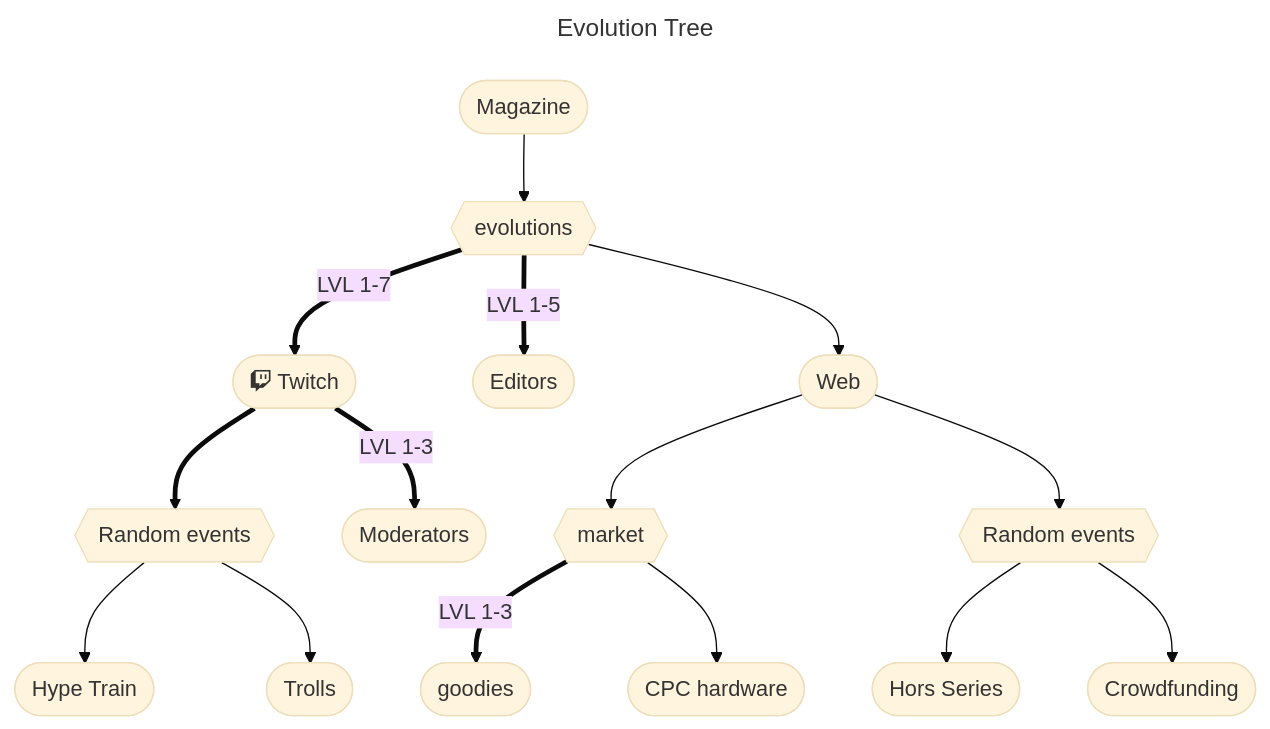
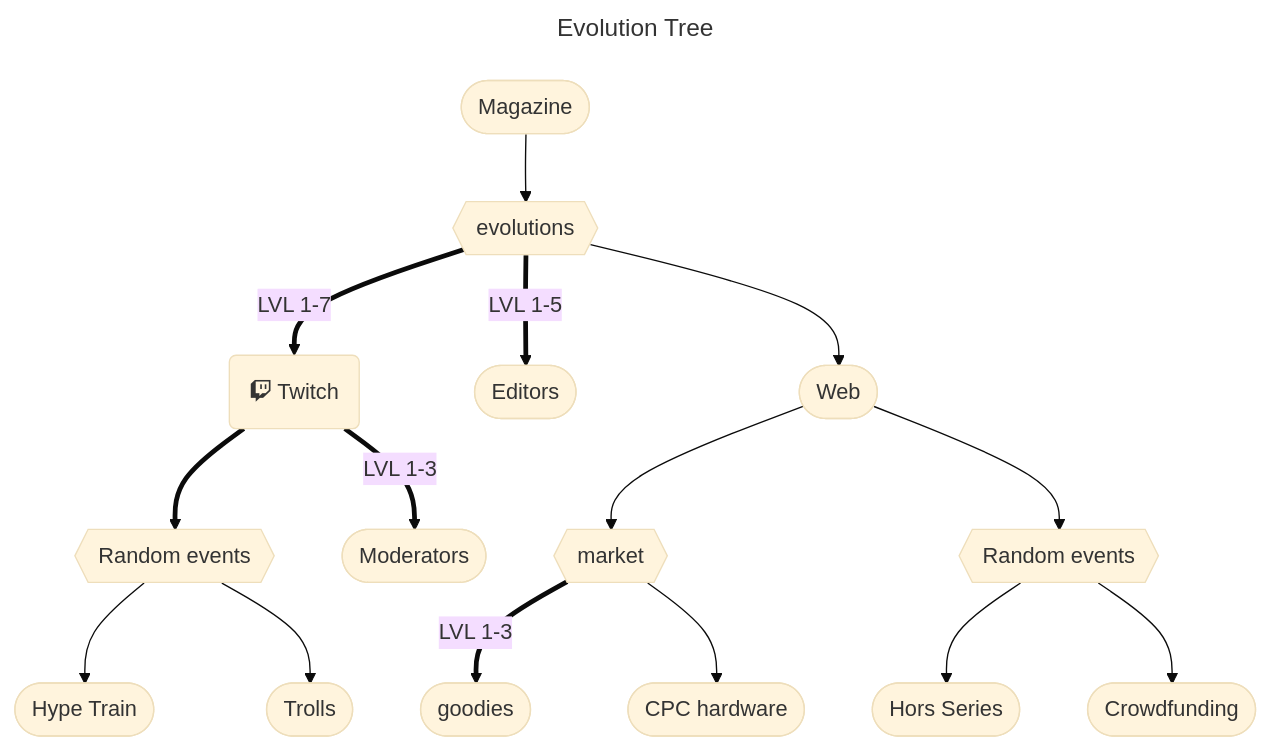
The diagram in truc.md (Julien-laville/lille), drawn with Mermaid (base theme) before and after one commit.

Commit message:
Add smthg

````diff
--- a/truc.md
+++ b/truc.md
@@ -4,21 +4,21 @@
 ```mermaid
 ---
 title: Evolution Tree
 ---
   flowchart TD
       start([Magazine]) --> evol{{evolutions}}
-      evol == LVL 1-7 ==> twitch([fab:fa-twitch Twitch])
+      evol == LVL 1-7 ==> twitch(fab:fa-twitch Twitch)
       evol  == LVL 1-5 ==>  editors([Editors])
       evol --> web([Web])
       web --> shop{{market}}
       web --> eventsWeb{{Random events}}
       eventsWeb{{Random events}} --> hs([Hors Series])
       eventsWeb{{Random events}} --> crowdfunding([Crowdfunding])
       shop  == LVL 1-3 ==> goodies([goodies])
       shop --> hardware([CPC hardware])
       twitch ==>  eventsTwitch{{Random events}}
       twitch == LVL 1-3 ==>   modos([Moderators])
       eventsTwitch{{Random events}} --> hype([Hype Train])
       eventsTwitch{{Random events}} --> trolls([Trolls])
 
 ```
````
